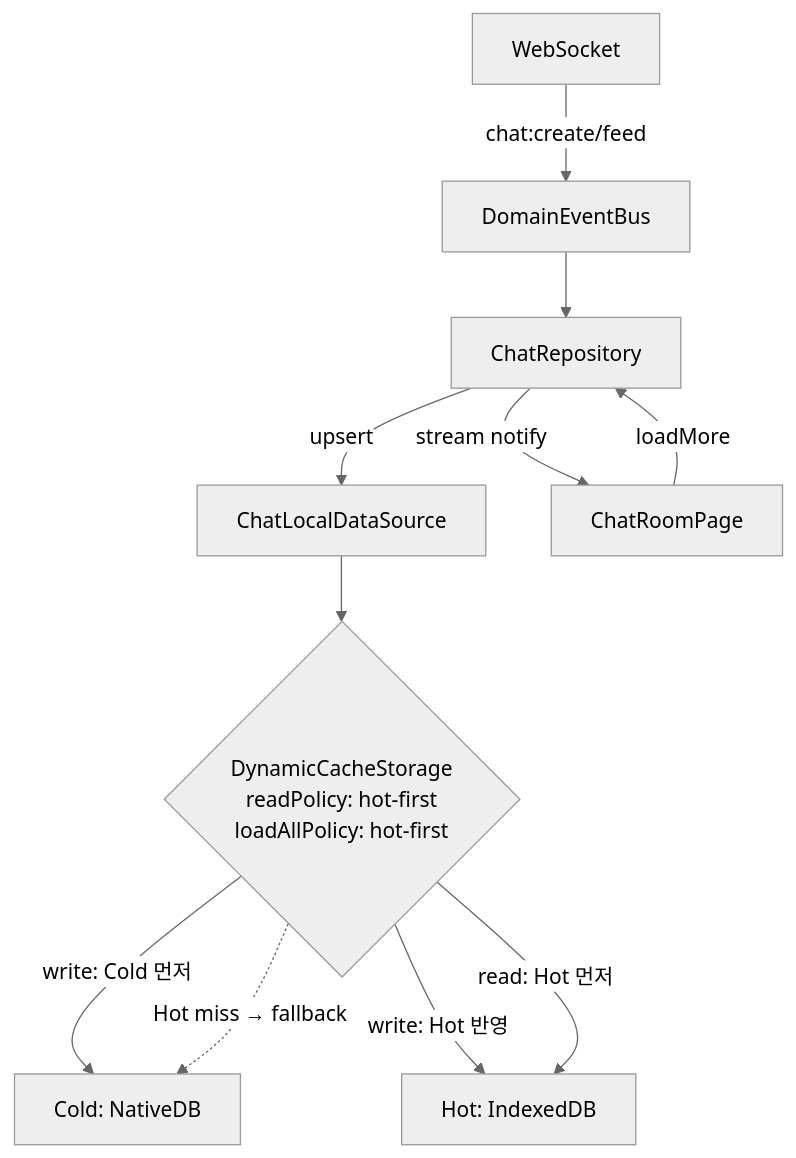
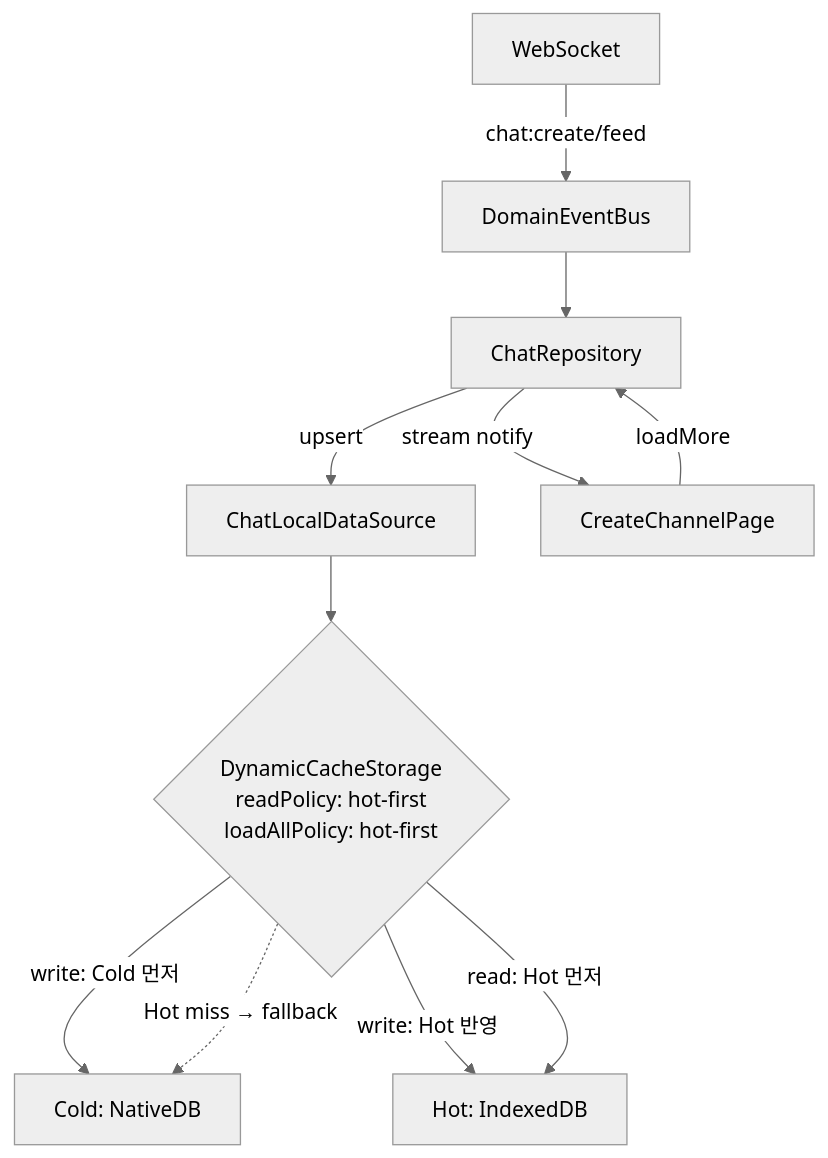
The ninth of 13 diagrams in docs/specs/cache/hot-cold-cache-strategy.md (lemoncloud-io/dou-app), drawn with Mermaid (neutral theme) before and after one commit. The commit also changed other lines of this file and 110 other files, not shown here.

````diff
--- a/docs/specs/cache/hot-cold-cache-strategy.md
+++ b/docs/specs/cache/hot-cold-cache-strategy.md
@@ -730,13 +730,13 @@
 ```mermaid
 flowchart TD
     WS["WebSocket"] -->|"chat:create/feed"| DEB["DomainEventBus"]
     DEB --> CR["ChatRepository"]
     CR -->|"upsert"| LDS["ChatLocalDataSource"]
     LDS --> DC{"DynamicCacheStorage\nreadPolicy: hot-first\nloadAllPolicy: hot-first"}
     DC -->|"write: Cold 먼저"| COLD["Cold: NativeDB"]
     DC -->|"write: Hot 반영"| HOT["Hot: IndexedDB"]
     DC -->|"read: Hot 먼저"| HOT
     DC -.->|"Hot miss → fallback"| COLD
-    UI["ChatRoomPage"] -->|"loadMore"| CR
+    UI["CreateChannelPage"] -->|"loadMore"| CR
     CR -->|"stream notify"| UI
 ```
````
